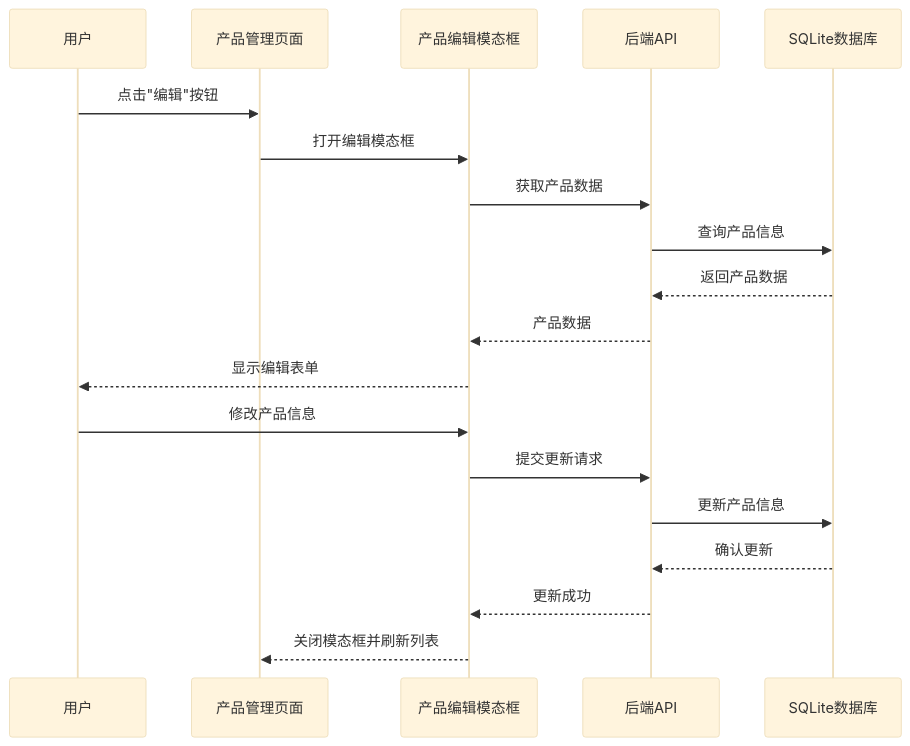
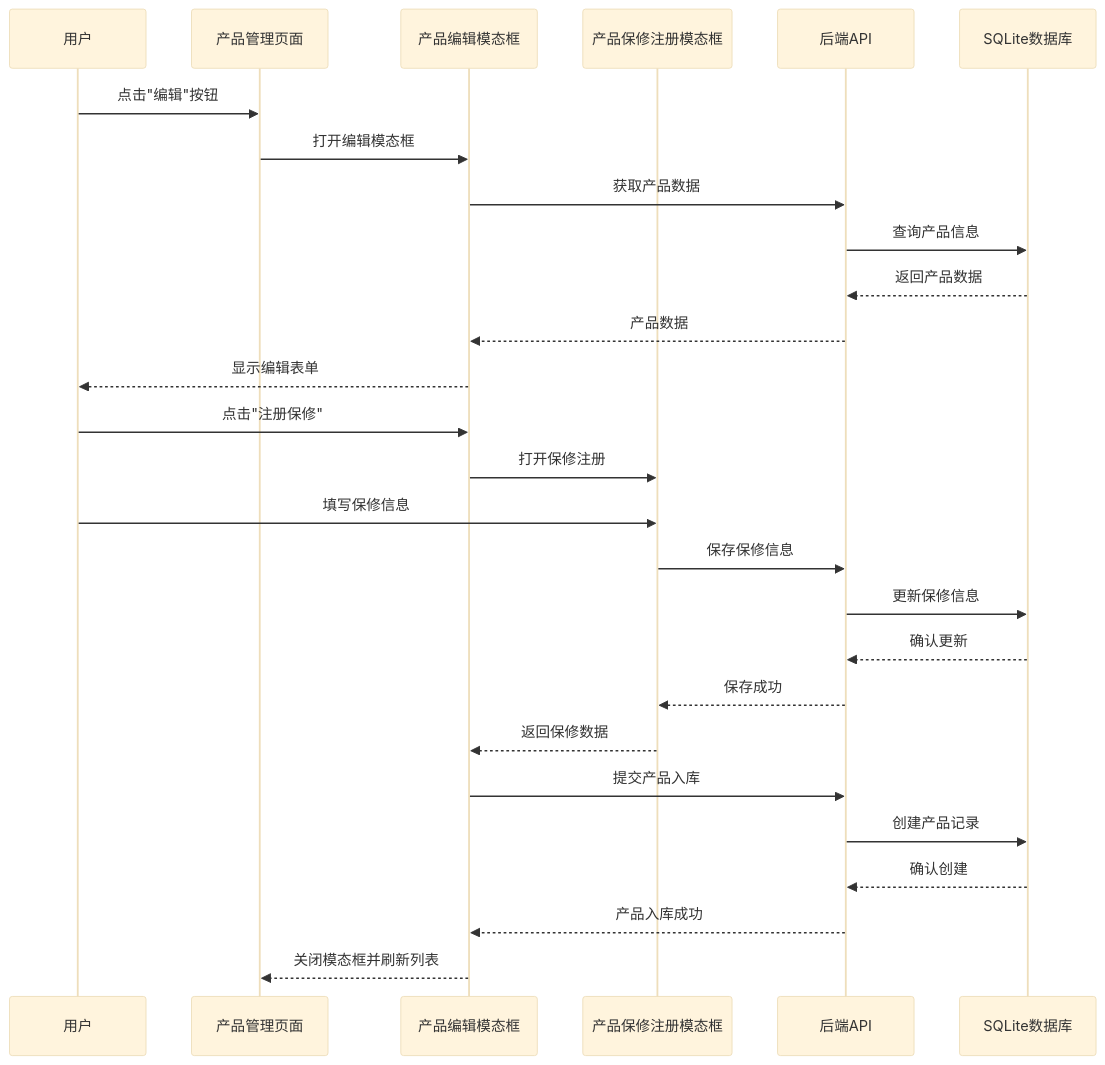
The fourth of 14 diagrams in .qoder/repowiki/zh/content/前端组件架构/产品详情页面组件/产品编辑模态框.md (CubeEdge/Longhorn), drawn with Mermaid (base theme) before and after one commit. The commit also changed other lines of this file and 47 other files, not shown here.

````diff
--- a/.qoder/repowiki/zh/content/前端组件架构/产品详情页面组件/产品编辑模态框.md
+++ b/.qoder/repowiki/zh/content/前端组件架构/产品详情页面组件/产品编辑模态框.md
@@ -183,21 +218,29 @@
 ```mermaid
 sequenceDiagram
 participant 用户 as 用户
 participant 页面 as 产品管理页面
 participant 模态框 as 产品编辑模态框
+participant 保修模态框 as 产品保修注册模态框
 participant API as 后端API
 participant 数据库 as SQLite数据库
 用户->>页面 : 点击"编辑"按钮
 页面->>模态框 : 打开编辑模态框
 模态框->>API : 获取产品数据
 API->>数据库 : 查询产品信息
 数据库-->>API : 返回产品数据
 API-->>模态框 : 产品数据
 模态框-->>用户 : 显示编辑表单
-用户->>模态框 : 修改产品信息
-模态框->>API : 提交更新请求
-API->>数据库 : 更新产品信息
+用户->>模态框 : 点击"注册保修"
+模态框->>保修模态框 : 打开保修注册
+用户->>保修模态框 : 填写保修信息
+保修模态框->>API : 保存保修信息
+API->>数据库 : 更新保修信息
 数据库-->>API : 确认更新
-API-->>模态框 : 更新成功
+API-->>保修模态框 : 保存成功
+保修模态框-->>模态框 : 返回保修数据
+模态框->>API : 提交产品入库
+API->>数据库 : 创建产品记录
+数据库-->>API : 确认创建
+API-->>模态框 : 产品入库成功
 模态框-->>页面 : 关闭模态框并刷新列表
 ```
````
